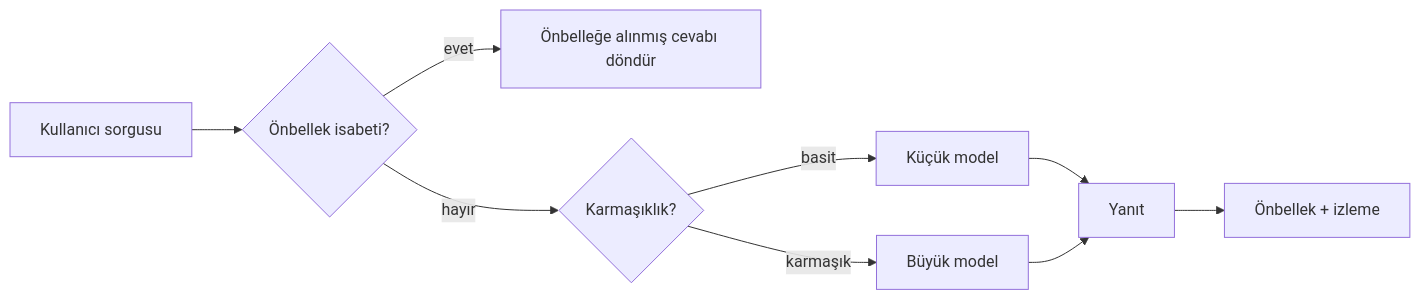
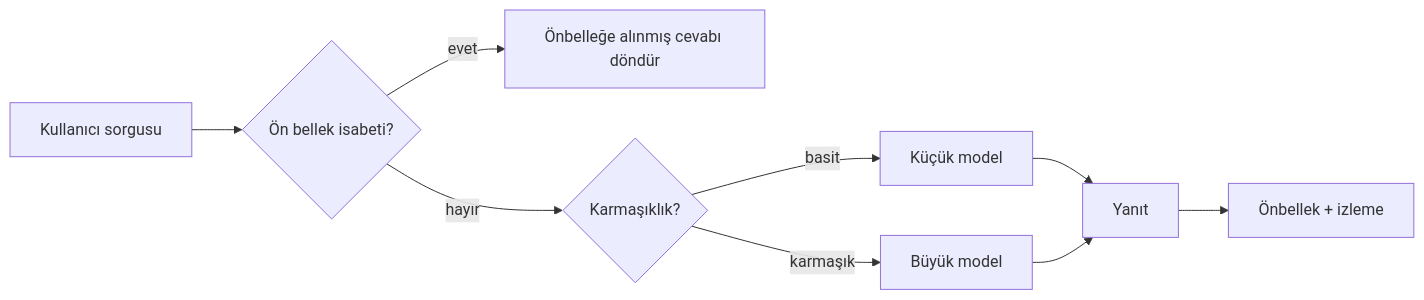
One commit to microsoft/ai-agents-for-beginners changed the third of 4 diagrams in translations/tr/16-deploying-scalable-agents/README.md. Above: the diagram before and after it, drawn with Mermaid. The commit also changed other lines of this file and 47 other files, not shown here.

````diff
--- a/translations/tr/16-deploying-scalable-agents/README.md
+++ b/translations/tr/16-deploying-scalable-agents/README.md
@@ -134,11 +134,11 @@
 ```mermaid
 flowchart LR
-    Q[Kullanıcı sorgusu] --> C{Önbellek isabeti?}
+    Q[Kullanıcı sorgusu] --> C{Ön bellek isabeti?}
     C -->|evet| R[Önbelleğe alınmış cevabı döndür]
     C -->|hayır| Router{Karmaşıklık?}
     Router -->|basit| SLM[Küçük model]
     Router -->|karmaşık| LLM[Büyük model]
     SLM --> Out[Yanıt]
     LLM --> Out
     Out --> Store[Önbellek + izleme]
 ```
````
